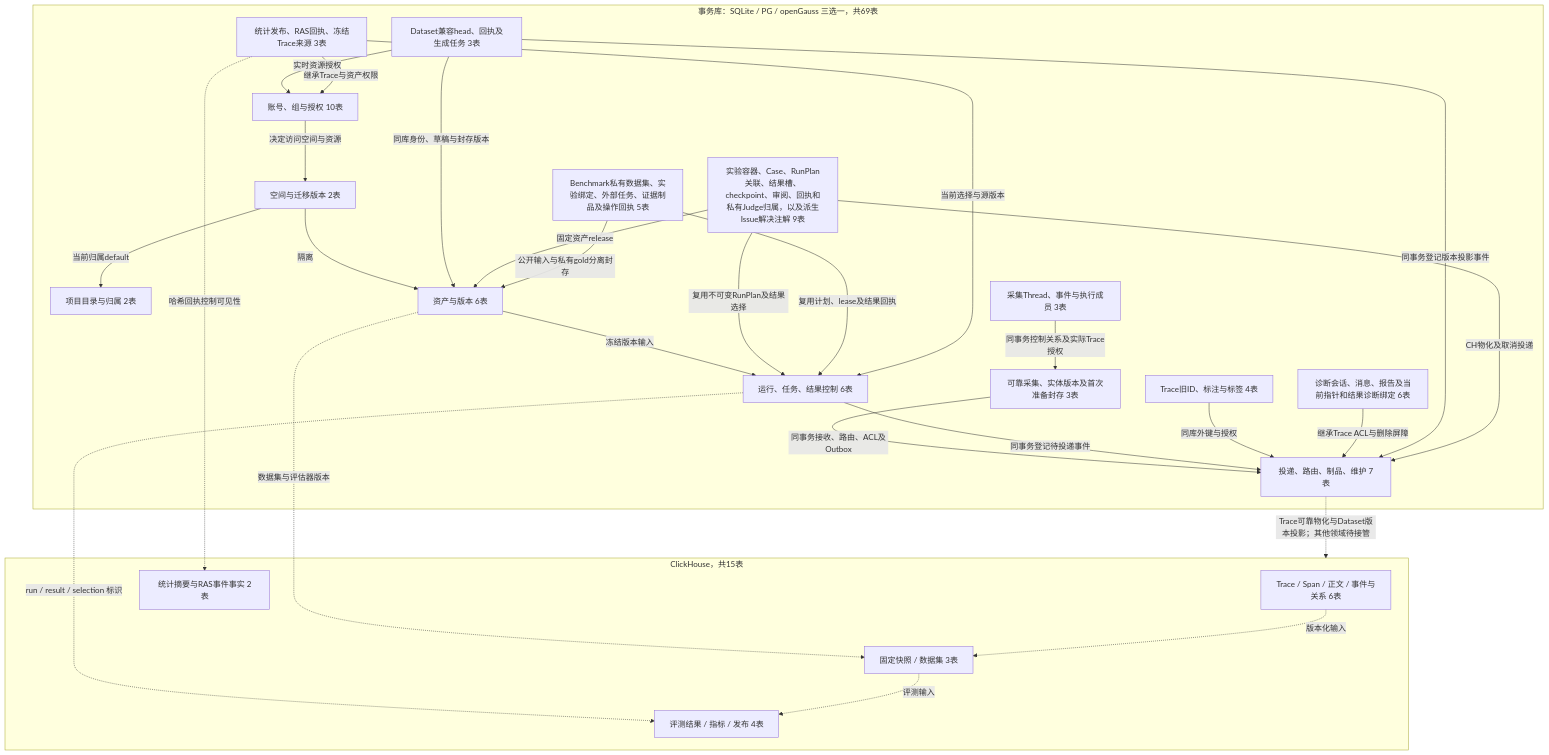
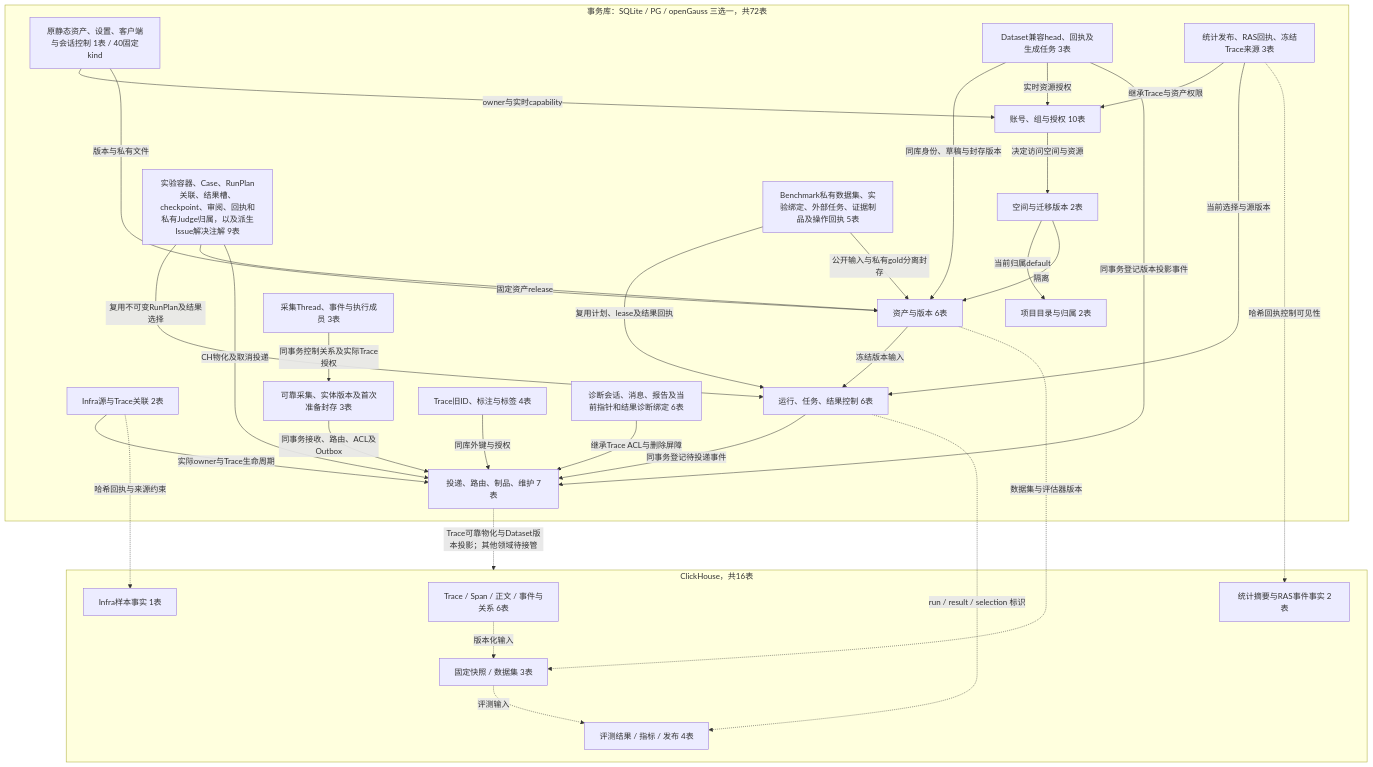
One commit to openeuler-mirror/agent-insight changed the first of 14 diagrams in design/platform/analytical-transactional-storage/core-table-dictionary.md. Above: the diagram before and after it, drawn with Mermaid. The commit also changed other lines of this file and 151 other files, not shown here.

````diff
--- a/design/platform/analytical-transactional-storage/core-table-dictionary.md
+++ b/design/platform/analytical-transactional-storage/core-table-dictionary.md
@@ -11,50 +11,57 @@
 ```mermaid
 flowchart TB
-  subgraph TX[事务库：SQLite / PG / openGauss 三选一，共69表]
+  subgraph TX[事务库：SQLite / PG / openGauss 三选一，共72表]
+    CONTROL[原静态资产、设置、客户端与会话控制 1表 / 40固定kind]
+    INFRA[Infra源与Trace关联 2表]
+    CONTROL -->|owner与实时capability| IAM
+    CONTROL -->|版本与私有文件| ASSET
+    INFRA -->|实际owner与Trace生命周期| SUPPORT
     BASE[空间与迁移版本 2表]
     PROJECT[项目目录与归属 2表]
     IAM[账号、组与授权 10表]
     ASSET[资产与版本 6表]
     RUN[运行、任务、结果控制 6表]
     SUPPORT[投递、路由、制品、维护 7表]
     INGEST[可靠采集、实体版本及首次准备封存 3表]
     THREAD[采集Thread、事件与执行成员 3表]
     THREAD -->|同事务控制关系及实际Trace授权| INGEST
     META[Trace旧ID、标注与标签 4表]
     DIAG[诊断会话、消息、报告及当前指针和结果诊断绑定 6表]
     DATASET[Dataset兼容head、回执及生成任务 3表]
     EXP[实验容器、Case、RunPlan关联、结果槽、checkpoint、审阅、回执和私有Judge归属，以及派生Issue解决注解 9表]
     BENCH[Benchmark私有数据集、实验绑定、外部任务、证据制品及操作回执 5表]
     ANALYTICS[统计发布、RAS回执、冻结Trace来源 3表]
     ANALYTICS -->|继承Trace与资产权限| IAM
     ANALYTICS -->|当前选择与源版本| RUN
     BENCH -->|复用计划、lease及结果回执| RUN
     BENCH -->|公开输入与私有gold分离封存| ASSET
     EXP -->|复用不可变RunPlan及结果选择| RUN
     EXP -->|固定资产release| ASSET
     EXP -->|CH物化及取消投递| SUPPORT
     DATASET -->|同库身份、草稿与封存版本| ASSET
     DATASET -->|实时资源授权| IAM
     DATASET -->|同事务登记版本投影事件| SUPPORT
     DIAG -->|继承Trace ACL与删除屏障| SUPPORT
     META -->|同库外键与授权| SUPPORT
     IAM -->|决定访问空间与资源| BASE
     BASE -->|当前归属default| PROJECT
     BASE -->|隔离| ASSET
     ASSET -->|冻结版本输入| RUN
     RUN -->|同事务登记待投递事件| SUPPORT
     INGEST -->|同事务接收、路由、ACL及Outbox| SUPPORT
   end
-  subgraph CH[ClickHouse，共15表]
+  subgraph CH[ClickHouse，共16表]
     TRACE[Trace / Span / 正文 / 事件与关系 6表]
     DATA[固定快照 / 数据集 3表]
     EVAL[评测结果 / 指标 / 发布 4表]
+    INFRA_FACTS[Infra样本事实 1表]
+    INFRA -.->|哈希回执与来源约束| INFRA_FACTS
     STATS[统计摘要与RAS事件事实 2表]
     ANALYTICS -.->|哈希回执控制可见性| STATS
     TRACE -.->|版本化输入| DATA
     DATA -.->|评测输入| EVAL
   end
   SUPPORT -.->|Trace可靠物化与Dataset版本投影；其他领域待接管| CH
   ASSET -.->|数据集与评估器版本| DATA
   RUN -.->|run / result / selection 标识| EVAL
 ```
````
